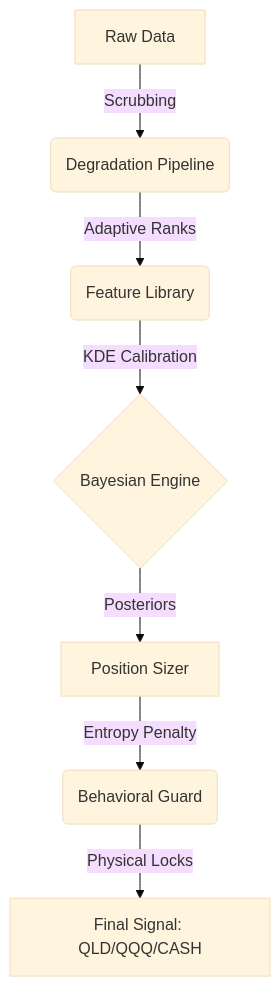
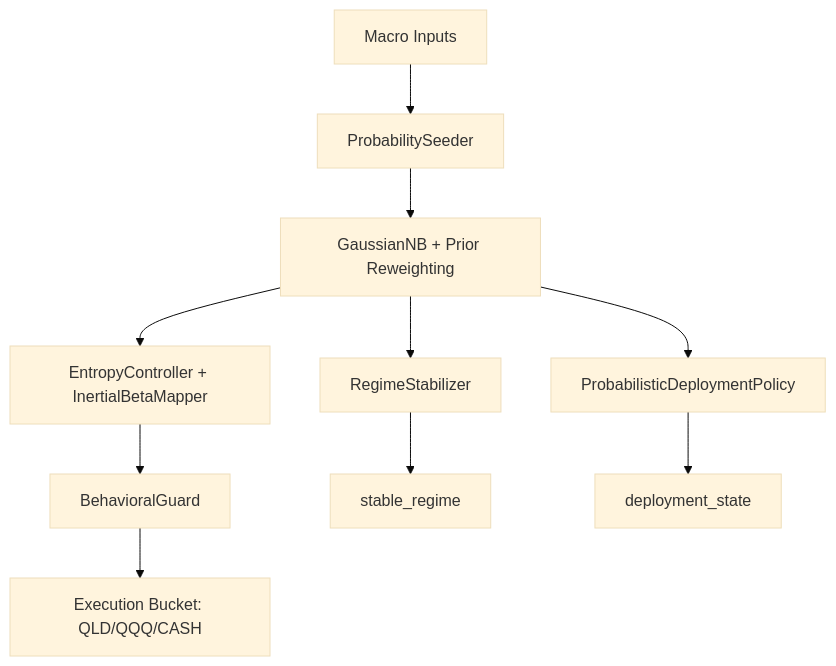
One commit to yutaofr/qqq-buyer-monitor changed the diagram in README.md. Above: the diagram before and after it, drawn with Mermaid (base theme). The commit also changed other lines of this file and 52 other files, not shown here.

Commit message:
refactor: replace data degradation pipeline with modular regime stabilization and deployment policy architecture

````diff
--- a/README.md
+++ b/README.md
@@ -53,9 +53,12 @@
 ```mermaid
 graph TD
-    A[Raw Data] -->|Scrubbing| B(Degradation Pipeline)
-    B -->|Adaptive Ranks| C(Feature Library)
-    C -->|KDE Calibration| D{Bayesian Engine}
-    D -->|Posteriors| E[Position Sizer]
-    E -->|Entropy Penalty| F(Behavioral Guard)
-    F -->|Physical Locks| G[Final Signal: QLD/QQQ/CASH]
+    A[Macro Inputs] --> B[ProbabilitySeeder]
+    B --> C[GaussianNB + Prior Reweighting]
+    C --> D[RegimeStabilizer]
+    C --> E[EntropyController + InertialBetaMapper]
+    C --> F[ProbabilisticDeploymentPolicy]
+    E --> G[BehavioralGuard]
+    D --> H[stable_regime]
+    F --> I[deployment_state]
+    G --> J[Execution Bucket: QLD/QQQ/CASH]
 ```
````
